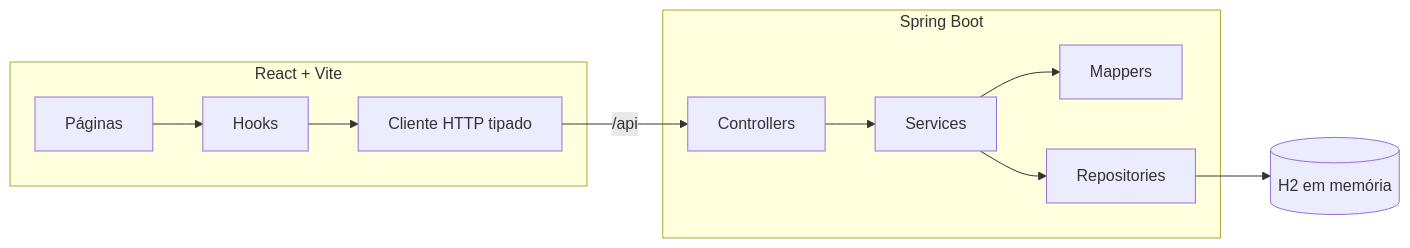
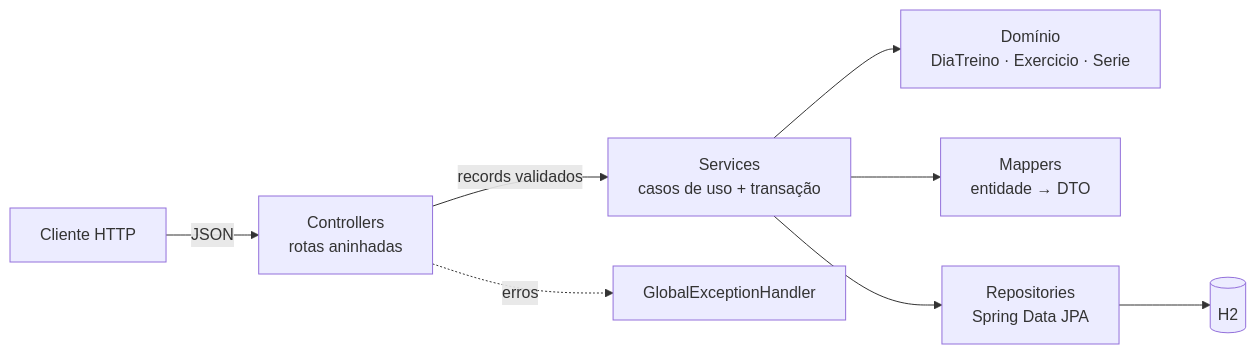
Before and after one commit to Tutzdev/BoostTrainer: the diagram in README.md, drawn with Mermaid. The commit also changed other lines of this file, not shown here.

First line of the commit message:
docs: README focado na API, no domínio e nas decisões de JPA

````diff
--- a/README.md
+++ b/README.md
@@ -41,14 +46,10 @@
 ```mermaid
 flowchart LR
-    subgraph Frontend [React + Vite]
-        P[Páginas] --> H[Hooks]
-        H --> A[Cliente HTTP tipado]
-    end
-    A -->|/api| C
-    subgraph API [Spring Boot]
-        C[Controllers] --> S[Services]
-        S --> M[Mappers]
-        S --> R[Repositories]
-    end
-    R --> DB[(H2 em memória)]
+    CL[Cliente HTTP] -->|JSON| C[Controllers<br/>rotas aninhadas]
+    C -->|records validados| S[Services<br/>casos de uso + transação]
+    S --> D[Domínio<br/>DiaTreino · Exercicio · Serie]
+    S --> M[Mappers<br/>entidade → DTO]
+    S --> R[Repositories<br/>Spring Data JPA]
+    R --> DB[(H2)]
+    C -.erros.-> EH[GlobalExceptionHandler]
 ```
````
